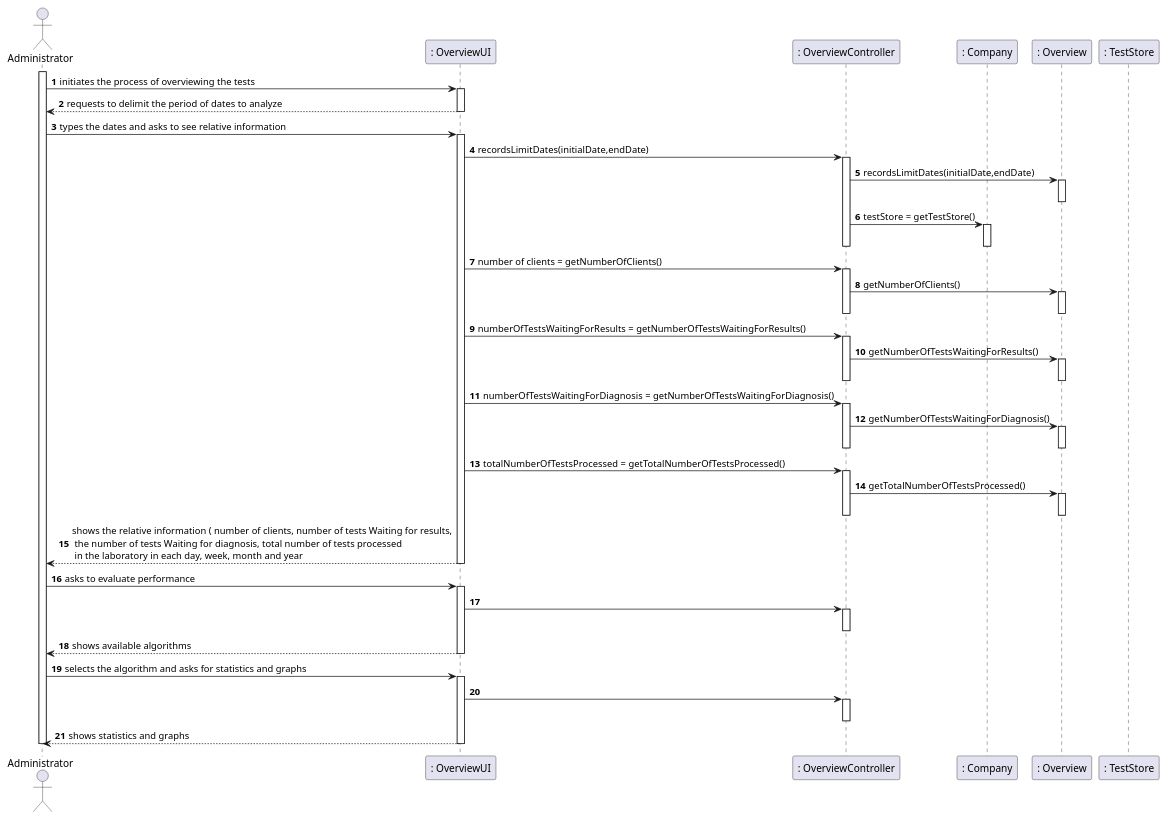
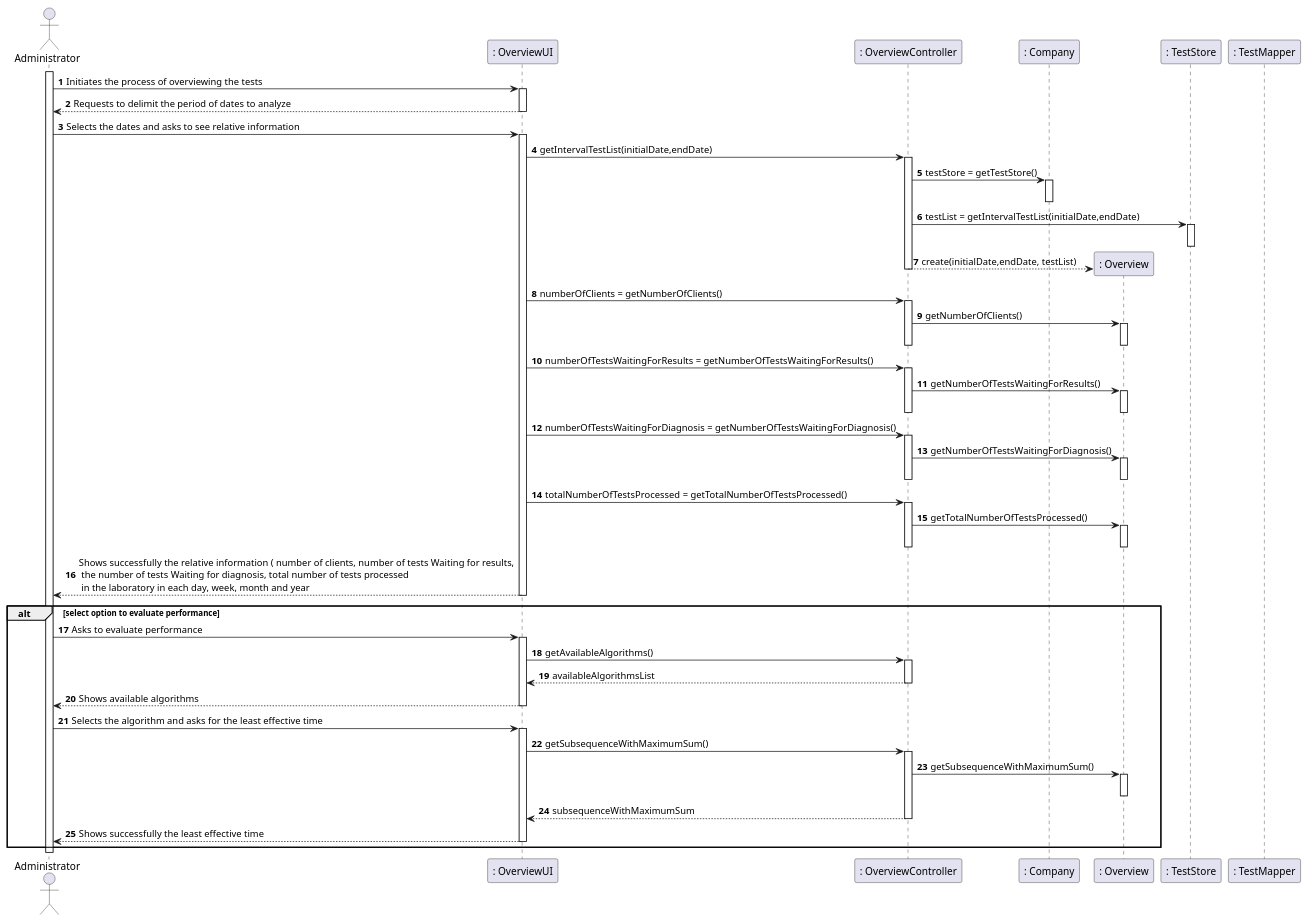
One commit to manu-07-ela/LAPR2_ISEP changed the diagram in docs/SprintD/US16/US16_SD.puml. Above: the diagram before and after it, drawn with PlantUML. The commit also changed 14 other files, not shown here.

```diff
--- a/docs/SprintD/US16/US16_SD.puml
+++ b/docs/SprintD/US16/US16_SD.puml
@@ -1,79 +1,88 @@
 @startuml
 autonumber
 'hide footbox
 actor "Administrator" as ADMIN
 
 participant ": OverviewUI" as UI
 participant ": OverviewController" as CTRL
 participant ": Company" as COMP
 participant ": Overview" as OVERVIEW
 participant ": TestStore" as TS
+participant ": TestMapper" as tMAPPER
 
 activate ADMIN
-ADMIN -> UI : initiates the process of overviewing the tests
+ADMIN -> UI : Initiates the process of overviewing the tests
 activate UI
-UI --> ADMIN : requests to delimit the period of dates to analyze
+UI --> ADMIN : Requests to delimit the period of dates to analyze
 deactivate UI
 
-ADMIN -> UI : types the dates and asks to see relative information
+ADMIN -> UI : Selects the dates and asks to see relative information
 activate UI
-UI -> CTRL : recordsLimitDates(initialDate,endDate)
+UI -> CTRL : getIntervalTestList(initialDate,endDate)
 activate CTRL
-CTRL -> OVERVIEW : recordsLimitDates(initialDate,endDate)
-activate OVERVIEW
-deactivate OVERVIEW
 
 CTRL -> COMP : testStore = getTestStore()
 activate COMP
 deactivate COMP
+CTRL -> TS : testList = getIntervalTestList(initialDate,endDate)
+activate TS
+deactivate TS
+CTRL --> OVERVIEW** : create(initialDate,endDate, testList)
 deactivate CTRL
-UI -> CTRL : number of clients = getNumberOfClients()
+
+deactivate CTRL
+UI -> CTRL : numberOfClients = getNumberOfClients()
 activate CTRL
 CTRL -> OVERVIEW : getNumberOfClients()
 activate OVERVIEW
 deactivate OVERVIEW
 deactivate CTRL
 
 UI -> CTRL : numberOfTestsWaitingForResults = getNumberOfTestsWaitingForResults()
 activate CTRL
 CTRL -> OVERVIEW : getNumberOfTestsWaitingForResults()
 activate OVERVIEW
 deactivate OVERVIEW
 deactivate CTRL
 
 UI -> CTRL : numberOfTestsWaitingForDiagnosis = getNumberOfTestsWaitingForDiagnosis()
 activate CTRL
 CTRL -> OVERVIEW : getNumberOfTestsWaitingForDiagnosis()
 activate OVERVIEW
 deactivate OVERVIEW
 deactivate CTRL
 
 UI -> CTRL : totalNumberOfTestsProcessed = getTotalNumberOfTestsProcessed()
 activate CTRL
 CTRL -> OVERVIEW : getTotalNumberOfTestsProcessed()
 activate OVERVIEW
 deactivate OVERVIEW
 deactivate CTRL
 
-UI --> ADMIN : shows the relative information ( number of clients, number of tests Waiting for results,\n the number of tests Waiting for diagnosis, total number of tests processed \n in the laboratory in each day, week, month and year
+UI --> ADMIN : Shows successfully the relative information ( number of clients, number of tests Waiting for results,\n the number of tests Waiting for diagnosis, total number of tests processed \n in the laboratory in each day, week, month and year
+deactivate UI
+alt select option to evaluate performance
+ADMIN -> UI : Asks to evaluate performance
+activate UI
+UI -> CTRL : getAvailableAlgorithms()
+activate CTRL
+CTRL --> UI : availableAlgorithmsList
+deactivate CTRL
+UI --> ADMIN : Shows available algorithms
 deactivate UI
 
-ADMIN -> UI : asks to evaluate performance
+ADMIN -> UI : Selects the algorithm and asks for the least effective time
 activate UI
-UI -> CTRL :
+UI -> CTRL : getSubsequenceWithMaximumSum()
 activate CTRL
+CTRL -> OVERVIEW : getSubsequenceWithMaximumSum()
+activate OVERVIEW
+deactivate OVERVIEW
+CTRL --> UI : subsequenceWithMaximumSum
 deactivate CTRL
-UI --> ADMIN : shows available algorithms
+UI --> ADMIN : Shows successfully the least effective time
 deactivate UI
-
-ADMIN -> UI : selects the algorithm and asks for statistics and graphs
-activate UI
-UI -> CTRL :
-activate CTRL
-deactivate CTRL
-UI --> ADMIN : shows statistics and graphs
-deactivate UI
-
+end
 deactivate ADMIN
 
 @enduml
```
